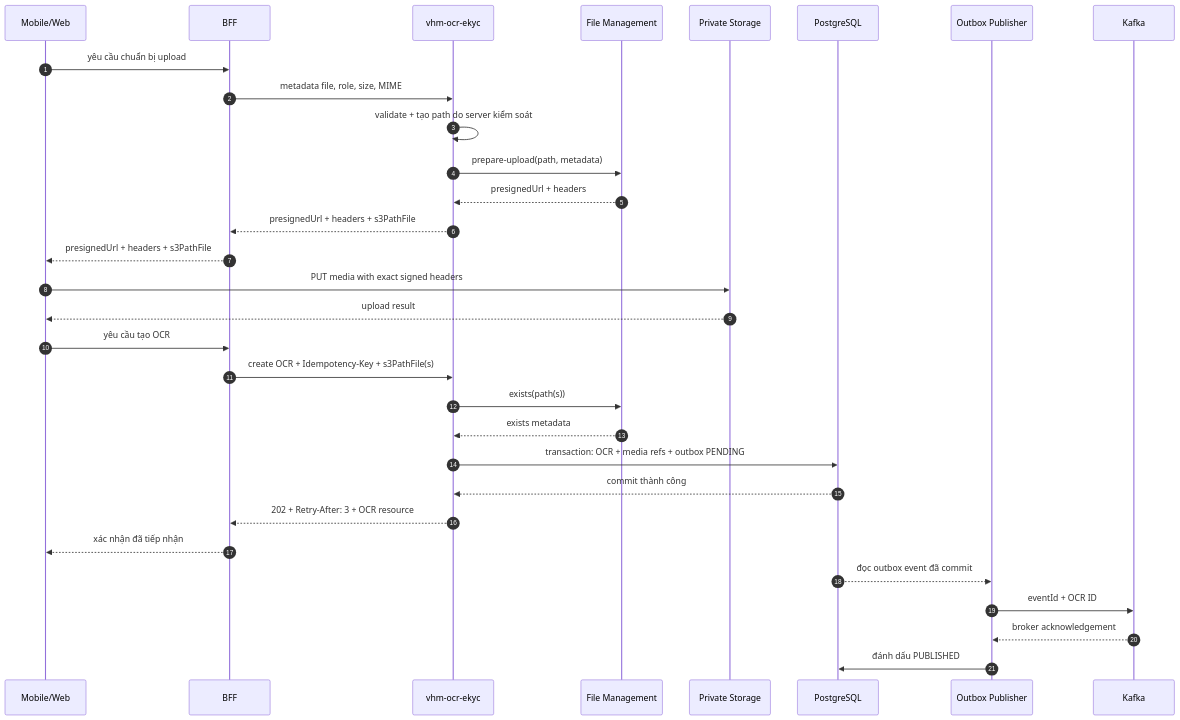
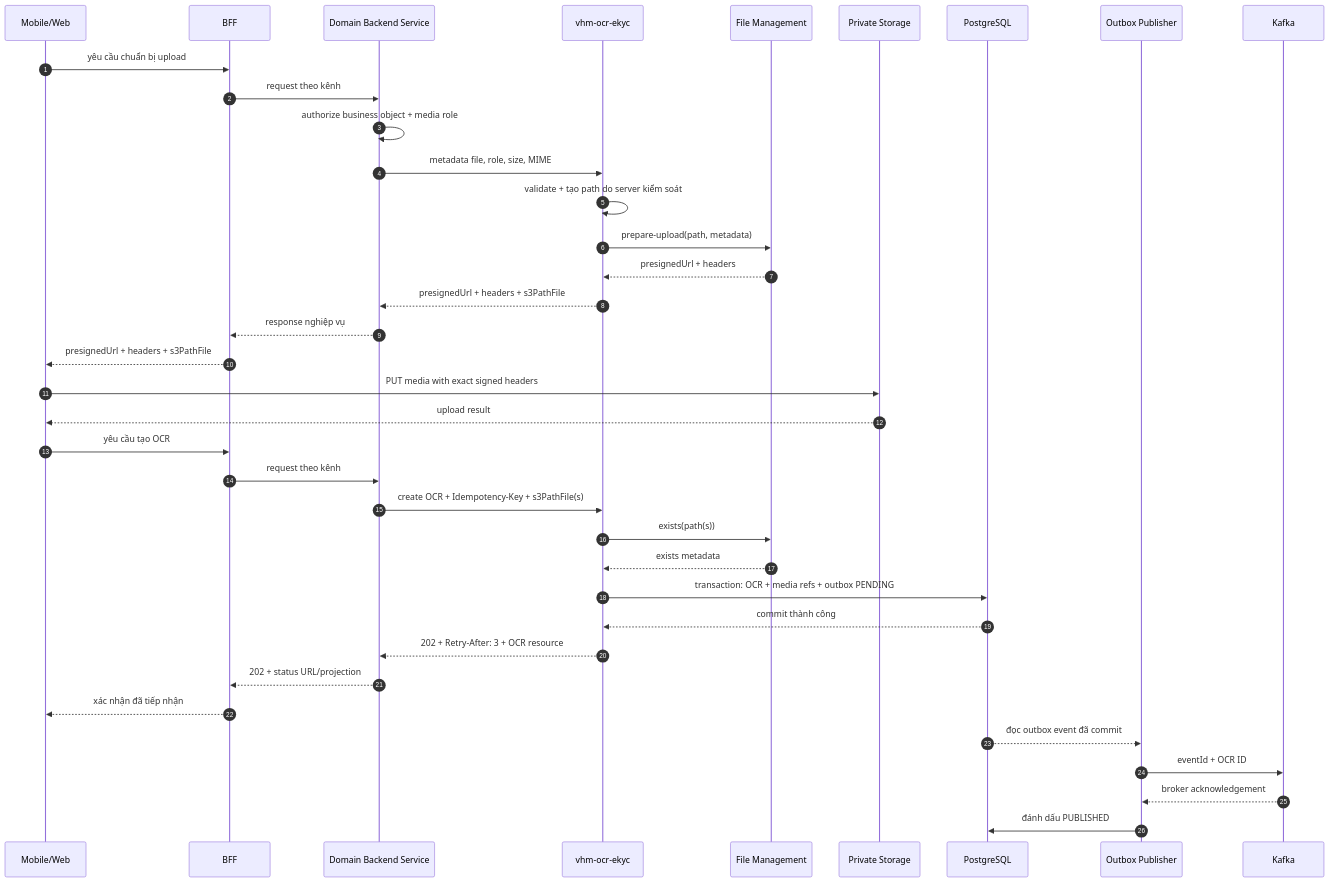
One commit to huynv-xyz/vhm changed the eighth of 12 diagrams in tdd-ocr-ekyc.md. Above: the diagram before and after it, drawn with Mermaid. The commit also changed other lines of this file, not shown here.

````diff
--- a/tdd-ocr-ekyc.md
+++ b/tdd-ocr-ekyc.md
@@ -960,34 +963,40 @@
 ```mermaid
 sequenceDiagram
     autonumber
     participant C as Mobile/Web
     participant B as BFF
+    participant N as Domain Backend Service
     participant A as vhm-ocr-ekyc
     participant F as File Management
     participant S as Private Storage
     participant D as PostgreSQL
     participant O as Outbox Publisher
     participant K as Kafka
 
     C->>B: yêu cầu chuẩn bị upload
-    B->>A: metadata file, role, size, MIME
+    B->>N: request theo kênh
+    N->>N: authorize business object + media role
+    N->>A: metadata file, role, size, MIME
     A->>A: validate + tạo path do server kiểm soát
     A->>F: prepare-upload(path, metadata)
     F-->>A: presignedUrl + headers
-    A-->>B: presignedUrl + headers + s3PathFile
+    A-->>N: presignedUrl + headers + s3PathFile
+    N-->>B: response nghiệp vụ
     B-->>C: presignedUrl + headers + s3PathFile
     C->>S: PUT media with exact signed headers
     S-->>C: upload result
     C->>B: yêu cầu tạo OCR
-    B->>A: create OCR + Idempotency-Key + s3PathFile(s)
+    B->>N: request theo kênh
+    N->>A: create OCR + Idempotency-Key + s3PathFile(s)
     A->>F: exists(path(s))
     F-->>A: exists metadata
     A->>D: transaction: OCR + media refs + outbox PENDING
     D-->>A: commit thành công
-    A-->>B: 202 + Retry-After: 3 + OCR resource
+    A-->>N: 202 + Retry-After: 3 + OCR resource
+    N-->>B: 202 + status URL/projection
     B-->>C: xác nhận đã tiếp nhận
     D-->>O: đọc outbox event đã commit
     O->>K: eventId + OCR ID
     K-->>O: broker acknowledgement
     O->>D: đánh dấu PUBLISHED
 ```
````
